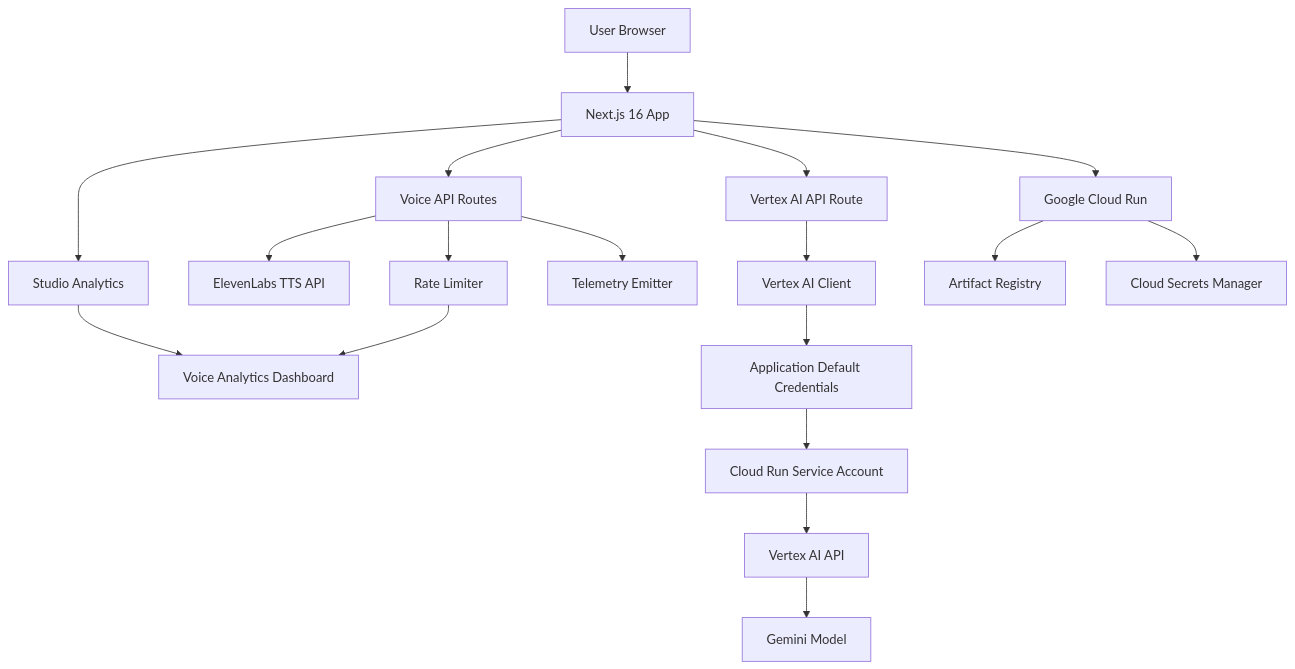
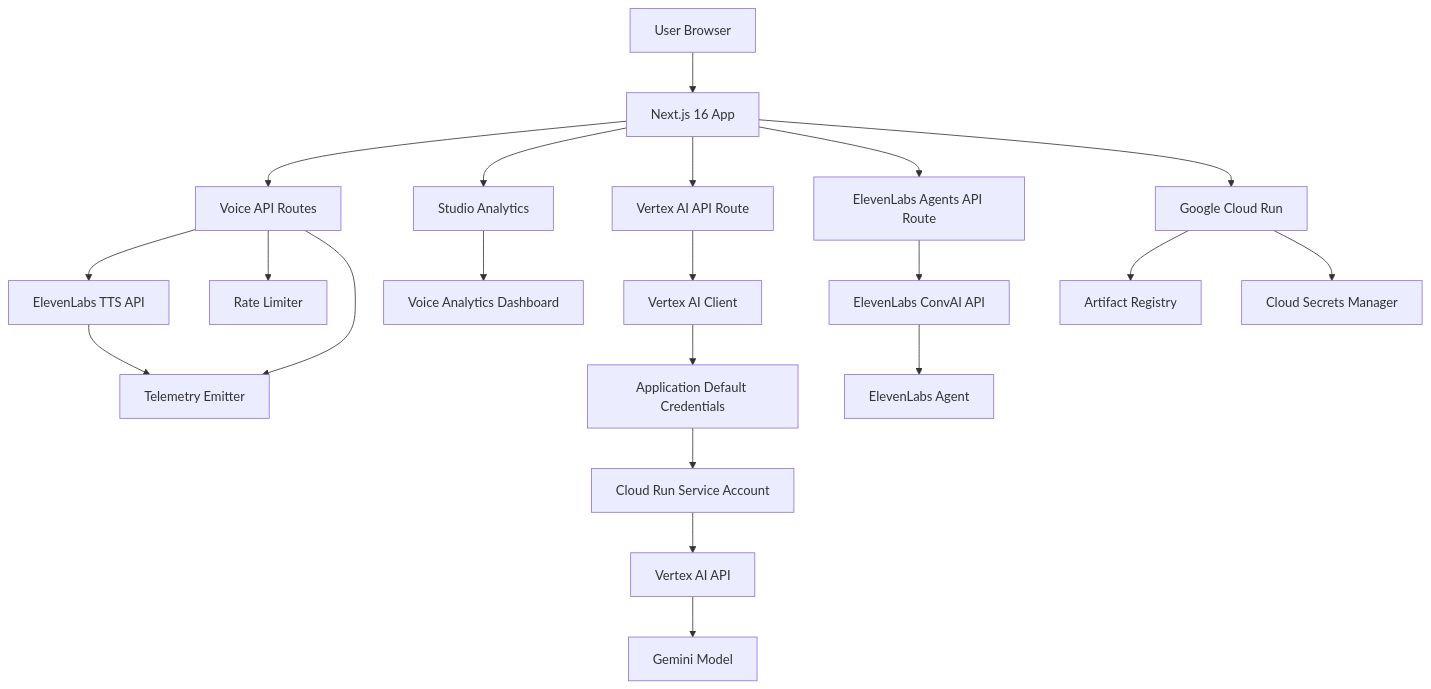
Before and after one commit to sofus-deng/lessonarcade: the diagram in README.md, drawn with Mermaid. The commit also changed other lines of this file and 10 other files, not shown here.

First line of the commit message:
feat: Add ElevenLabs Agents voice conversation integration

````diff
--- a/README.md
+++ b/README.md
@@ -272,20 +290,23 @@
 ```mermaid
 graph TB
     A[User Browser] --> B[Next.js 16 App]
     B --> C[Voice API Routes]
     B --> D[Studio Analytics]
     B --> E[Vertex AI API Route]
-    C --> F[ElevenLabs TTS API]
-    C --> G[Rate Limiter]
-    C --> H[Telemetry Emitter]
-    D --> I[Voice Analytics Dashboard]
+    B --> F[ElevenLabs Agents API Route]
+    C --> G[ElevenLabs TTS API]
+    C --> H[Rate Limiter]
+    C --> I[Telemetry Emitter]
+    D --> J[Voice Analytics Dashboard]
     G --> I
-    E --> J[Vertex AI Client]
-    J --> K[Application Default Credentials]
-    K --> L[Cloud Run Service Account]
-    L --> M[Vertex AI API]
-    M --> N[Gemini Model]
-    B --> O[Google Cloud Run]
-    O --> P[Artifact Registry]
-    O --> Q[Cloud Secrets Manager]
+    E --> K[Vertex AI Client]
+    K --> L[Application Default Credentials]
+    L --> M[Cloud Run Service Account]
+    M --> N[Vertex AI API]
+    N --> O[Gemini Model]
+    F --> P[ElevenLabs ConvAI API]
+    P --> Q[ElevenLabs Agent]
+    B --> R[Google Cloud Run]
+    R --> S[Artifact Registry]
+    R --> T[Cloud Secrets Manager]
 ```
````
